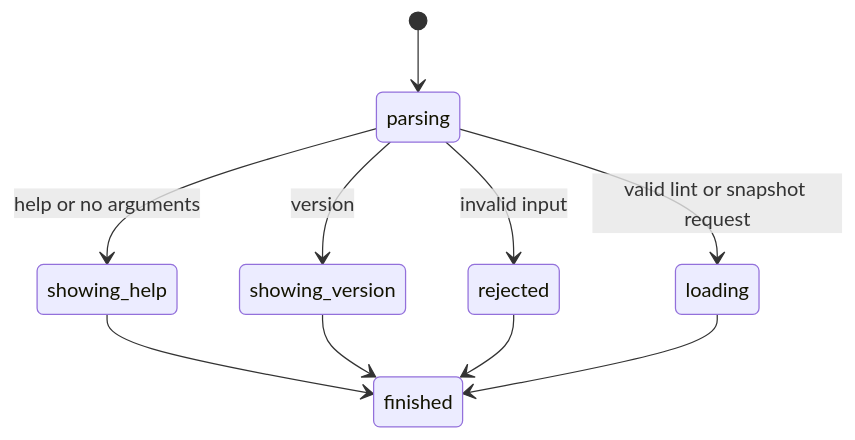
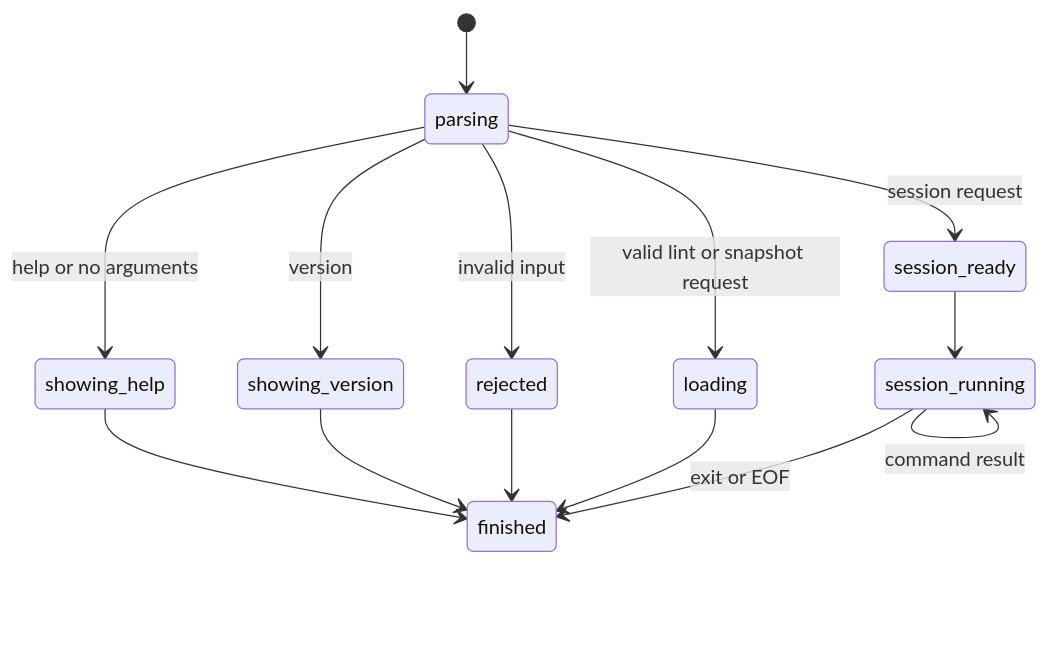
One commit to thoriqakbar0/browser.jr changed the diagram in cli/help.md. Above: the diagram before and after it, drawn with Mermaid. The commit also changed other lines of this file and 39 other files, not shown here.

````diff
--- a/cli/help.md
+++ b/cli/help.md
@@ -17,12 +17,16 @@
 ```mermaid
 stateDiagram-v2
     [*] --> parsing
     parsing --> showing_help : help or no arguments
     parsing --> showing_version : version
     parsing --> rejected : invalid input
     parsing --> loading : valid lint or snapshot request
+    parsing --> session_ready : session request
     showing_help --> finished
     showing_version --> finished
     rejected --> finished
     loading --> finished
+    session_ready --> session_running
+    session_running --> session_running : command result
+    session_running --> finished : exit or EOF
 ```
````
